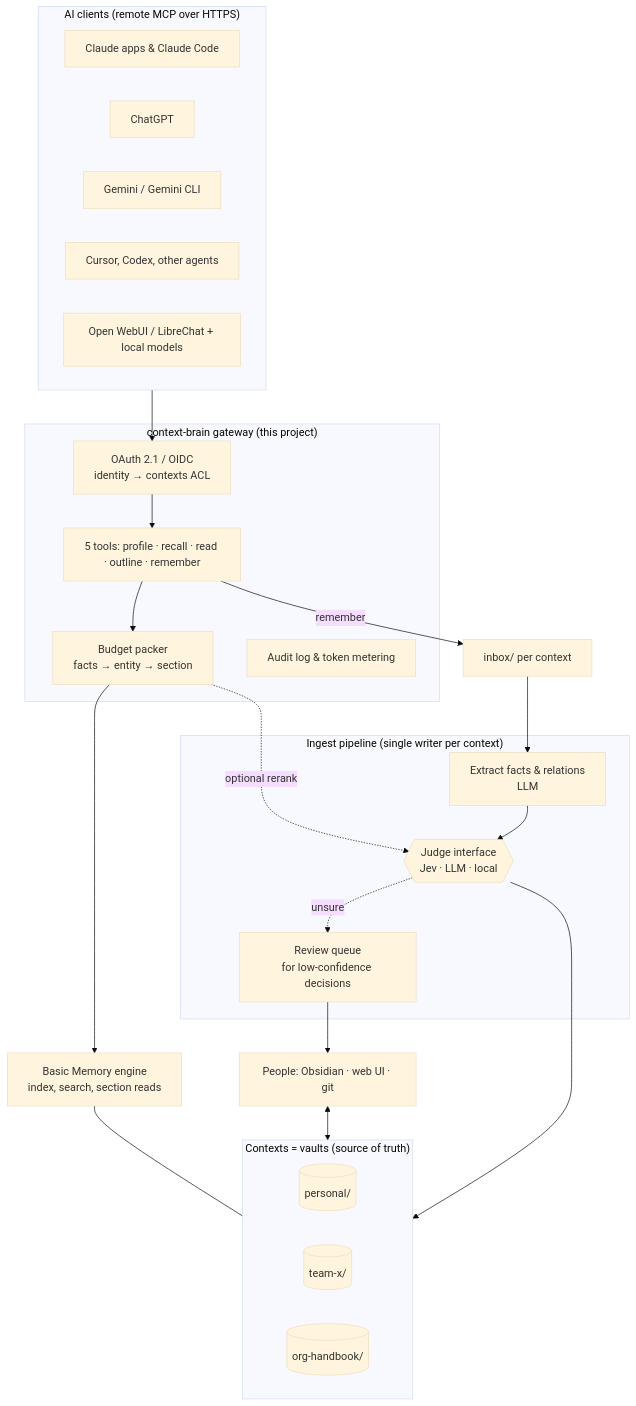
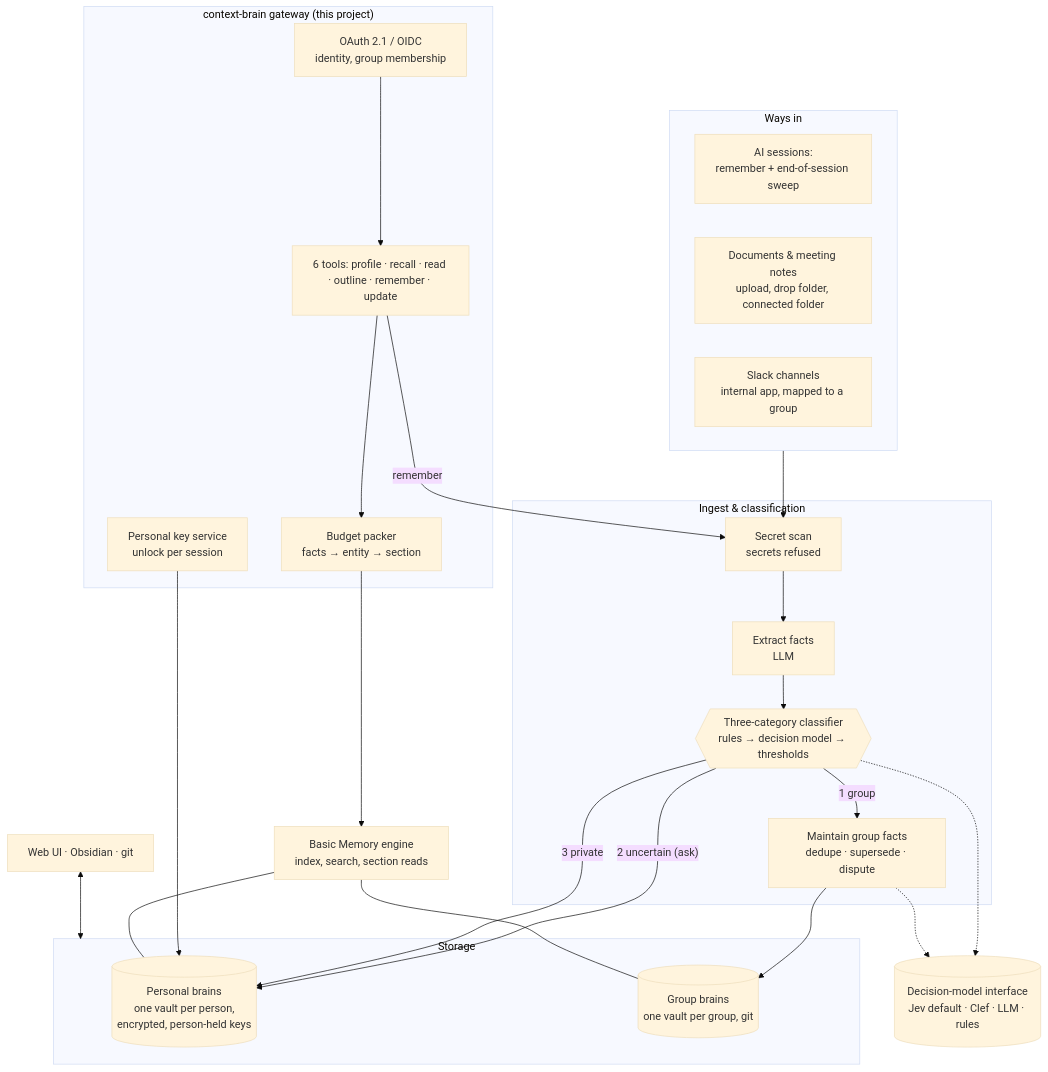
One commit to Multiplier-Core/context-brain changed the diagram in docs/decision.md. Above: the diagram before and after it, drawn with Mermaid (base theme). The commit also changed other lines of this file and 2 other files, not shown here.

First line of the commit message:
Restructure proposal around the three-category principle

````diff
--- a/docs/decision.md
+++ b/docs/decision.md
@@ -184,40 +207,45 @@
 ```mermaid
 flowchart TB
-  subgraph Clients["AI clients (remote MCP over HTTPS)"]
-    C1[Claude apps & Claude Code]
-    C2[ChatGPT]
-    C3[Gemini / Gemini CLI]
-    C4[Cursor, Codex, other agents]
-    C5[Open WebUI / LibreChat + local models]
+  subgraph Sources["Ways in"]
+    S1[AI sessions:<br/>remember + end-of-session sweep]
+    S2[Documents & meeting notes<br/>upload, drop folder, connected folder]
+    S3[Slack channels<br/>internal app, mapped to a group]
   end
 
   subgraph Gateway["context-brain gateway (this project)"]
-    AUTH[OAuth 2.1 / OIDC<br/>identity → contexts ACL]
-    TOOLS[5 tools: profile · recall · read · outline · remember]
+    AUTH[OAuth 2.1 / OIDC<br/>identity, group membership]
+    TOOLS[6 tools: profile · recall · read · outline · remember · update]
     PACK[Budget packer<br/>facts → entity → section]
-    AUDIT[Audit log & token metering]
+    KEYS[Personal key service<br/>unlock per session]
   end
 
-  subgraph Ingest["Ingest pipeline (single writer per context)"]
-    EXT[Extract facts & relations<br/>LLM]
-    JUDGE{{Judge interface<br/>Jev · LLM · local}}
-    REV[Review queue<br/>for low-confidence decisions]
+  subgraph Pipeline["Ingest & classification"]
+    SCAN[Secret scan<br/>secrets refused]
+    EXT[Extract facts<br/>LLM]
+    CLS{{Three-category classifier<br/>rules → decision model → thresholds}}
+    MAINT[Maintain group facts<br/>dedupe · supersede · dispute]
   end
 
-  subgraph Store["Contexts = vaults (source of truth)"]
-    V1[(personal/)]
-    V2[(team-x/)]
-    V3[(org-handbook/)]
+  DM[(Decision-model interface<br/>Jev default · Clef · LLM · rules)]
+
+  subgraph Store["Storage"]
+    P[(Personal brains<br/>one vault per person,<br/>encrypted, person-held keys)]
+    G[(Group brains<br/>one vault per group, git)]
   end
 
   ENGINE[Basic Memory engine<br/>index, search, section reads]
-  HUMAN[People: Obsidian · web UI · git]
+  UI[Web UI · Obsidian · git]
 
-  Clients --> AUTH --> TOOLS --> PACK --> ENGINE
-  TOOLS -- remember --> INBOX[inbox/ per context]
-  INBOX --> EXT --> JUDGE --> Store
-  JUDGE -. unsure .-> REV --> HUMAN
-  ENGINE --- Store
-  HUMAN <--> Store
-  PACK -. optional rerank .-> JUDGE
+  Sources --> SCAN --> EXT --> CLS
+  TOOLS -- remember --> SCAN
+  CLS -- "1 group" --> MAINT --> G
+  CLS -- "2 uncertain (ask)" --> P
+  CLS -- "3 private" --> P
+  CLS -.-> DM
+  MAINT -.-> DM
+  AUTH --> TOOLS --> PACK --> ENGINE
+  KEYS --> P
+  ENGINE --- P
+  ENGINE --- G
+  UI <--> Store
 ```
````
